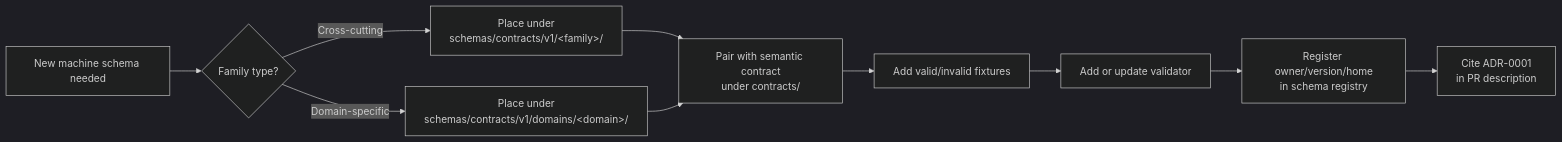
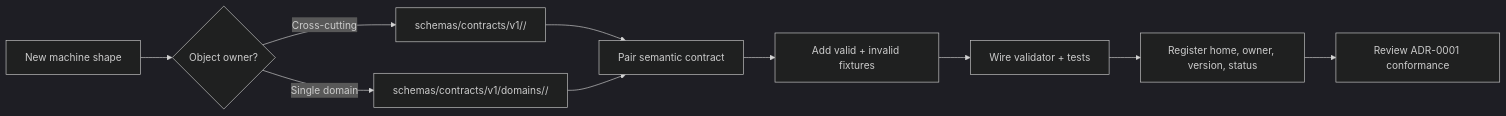
The second of 2 diagrams in docs/adr/ADR-0001-schema-home--schemas-contracts-v1-is-canonical.md (bartytime4life/Kansas-Frontier-Matrix), drawn with Mermaid (dark theme) before and after one commit. The commit also changed other lines of this file, not shown here.

Commit message:
docs(adr): modernize schema-home decision record

````diff
--- a/docs/adr/ADR-0001-schema-home--schemas-contracts-v1-is-canonical.md
+++ b/docs/adr/ADR-0001-schema-home--schemas-contracts-v1-is-canonical.md
@@ -383,12 +399,12 @@
 ```mermaid
 flowchart LR
-    A["New machine schema needed"] --> B{"Family type?"}
-    B -->|Cross-cutting| C["Place under<br/>schemas/contracts/v1/&lt;family&gt;/"]
-    B -->|Domain-specific| D["Place under<br/>schemas/contracts/v1/domains/&lt;domain&gt;/"]
-    C --> E["Pair with semantic contract<br/>under contracts/"]
-    D --> E
-    E --> F["Add valid/invalid fixtures"]
-    F --> G["Add or update validator"]
-    G --> H["Register owner/version/home<br/>in schema registry"]
-    H --> I["Cite ADR-0001<br/>in PR description"]
+    N["New machine shape"] --> O{"Object owner?"}
+    O -->|Cross-cutting| C["schemas/contracts/v1/<family>/"]
+    O -->|Single domain| D["schemas/contracts/v1/domains/<domain>/"]
+    C --> P["Pair semantic contract"]
+    D --> P
+    P --> F["Add valid + invalid fixtures"]
+    F --> V["Wire validator + tests"]
+    V --> R["Register home, owner, version, status"]
+    R --> G["Review ADR-0001 conformance"]
 ```
````
